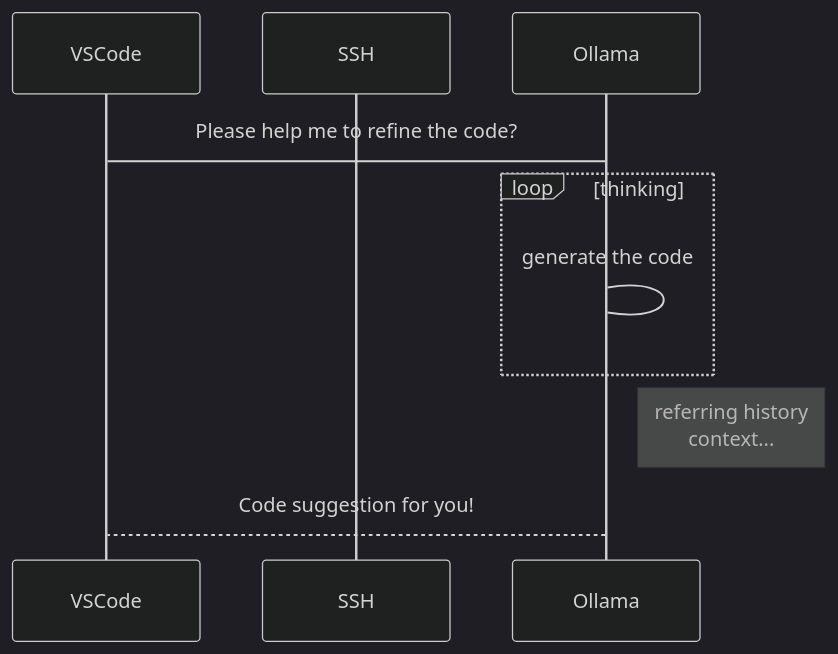
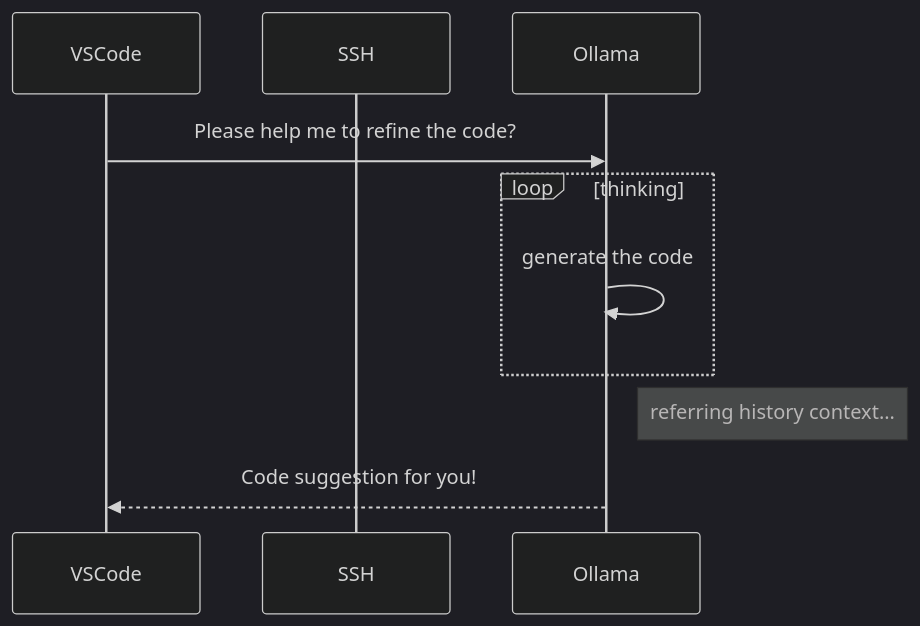
The diagram in _posts/ai/2024-11-30-using-remote-ollama.md (shawnsang/experience), drawn with Mermaid (dark theme) before and after one commit.

````diff
--- a/_posts/ai/2024-11-30-using-remote-ollama.md
+++ b/_posts/ai/2024-11-30-using-remote-ollama.md
@@ -109,11 +109,11 @@
 ```mermaid
 sequenceDiagram
   participant VSCode
   participant SSH
-  VSCode->Ollama: Please help me to refine the code?
+  VSCode->>Ollama: Please help me to refine the code?
   loop thinking
-      Ollama->Ollama: generate the code
+    Ollama->>Ollama: generate the code
   end
-  Note right of Ollama: referring history <br/>context...
-  Ollama-->VSCode: Code suggestion for you!
+  Note right of Ollama: referring history context...
+  Ollama-->>VSCode: Code suggestion for you!
 ```
````
